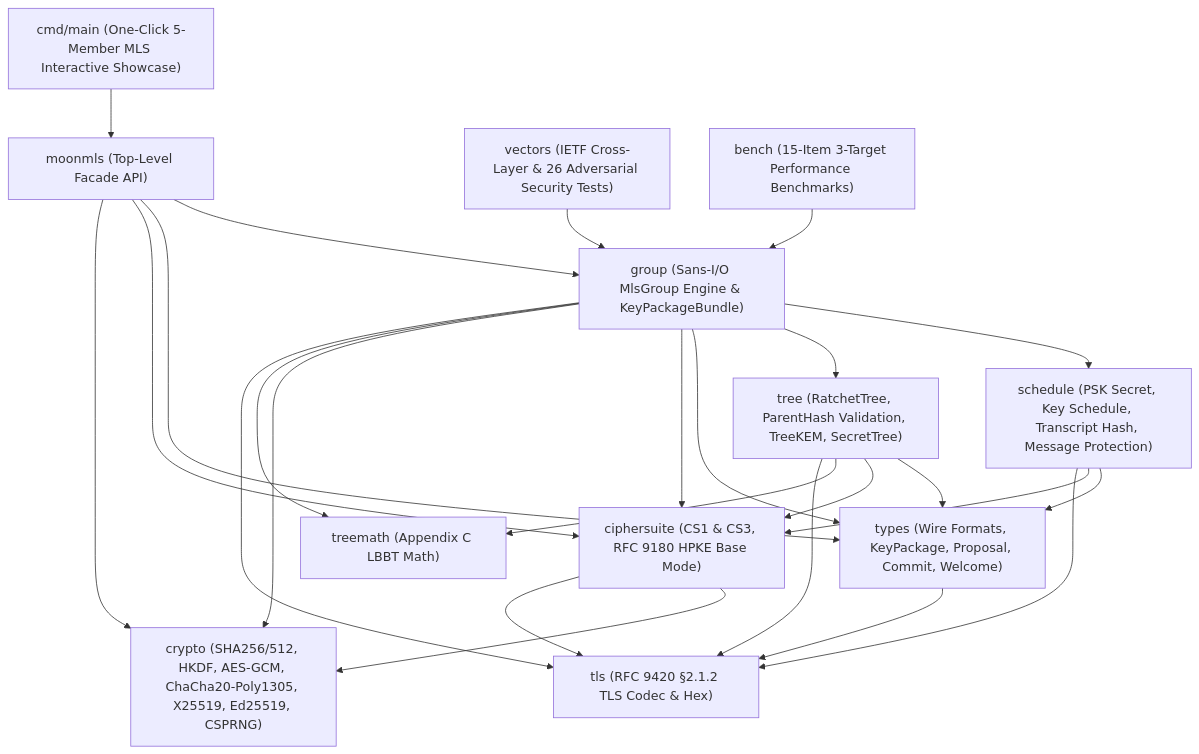
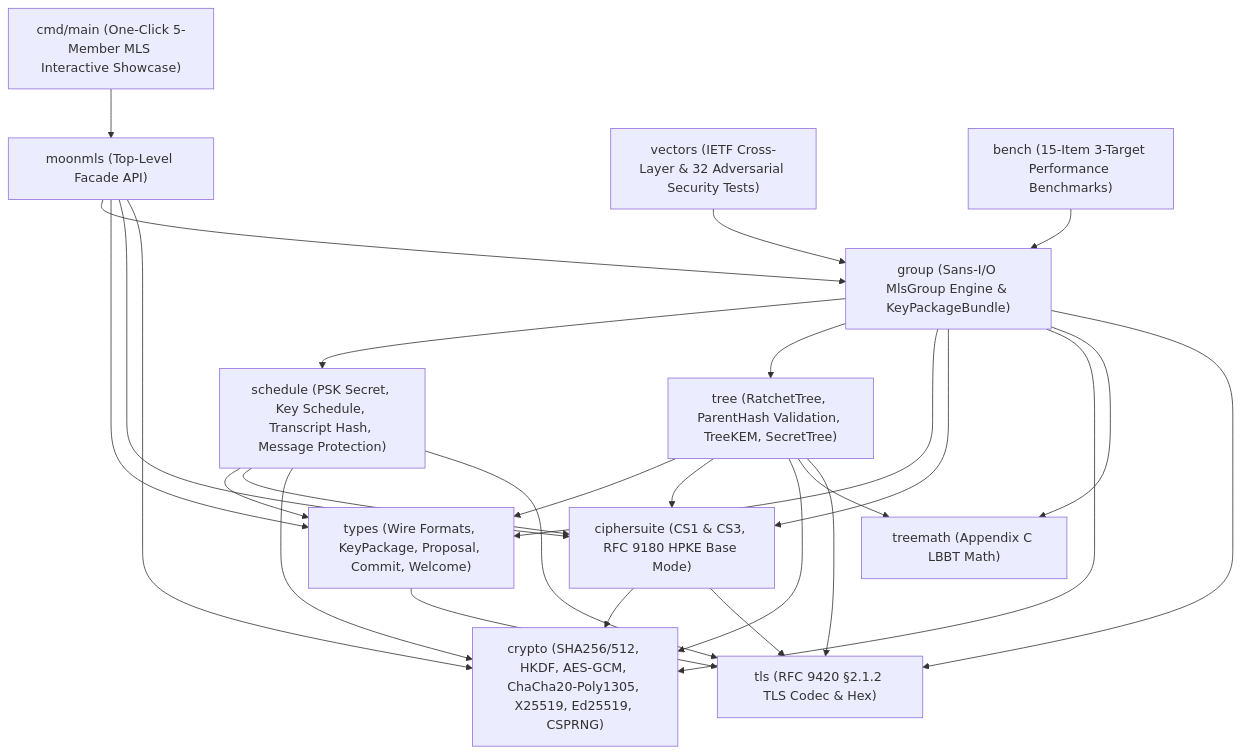
The diagram in README.md (CoolrfulDARkness/moonmls), drawn with Mermaid before and after one commit. The commit also changed other lines of this file and 8 other files, not shown here.

````diff
--- a/README.md
+++ b/README.md
@@ -32,40 +32,42 @@
 ```mermaid
 flowchart TD
     tls["tls (RFC 9420 §2.1.2 TLS Codec & Hex)"]
     treemath["treemath (Appendix C LBBT Math)"]
     crypto["crypto (SHA256/512, HKDF, AES-GCM, ChaCha20-Poly1305, X25519, Ed25519, CSPRNG)"]
     ciphersuite["ciphersuite (CS1 & CS3, RFC 9180 HPKE Base Mode)"]
     types["types (Wire Formats, KeyPackage, Proposal, Commit, Welcome)"]
     tree["tree (RatchetTree, ParentHash Validation, TreeKEM, SecretTree)"]
     schedule["schedule (PSK Secret, Key Schedule, Transcript Hash, Message Protection)"]
     group["group (Sans-I/O MlsGroup Engine & KeyPackageBundle)"]
     root["moonmls (Top-Level Facade API)"]
-    vectors["vectors (IETF Cross-Layer & 26 Adversarial Security Tests)"]
+    vectors["vectors (IETF Cross-Layer & 32 Adversarial Security Tests)"]
     bench["bench (15-Item 3-Target Performance Benchmarks)"]
     cli["cmd/main (One-Click 5-Member MLS Interactive Showcase)"]
 
     ciphersuite --> tls
     ciphersuite --> crypto
     types --> tls
     tree --> tls
     tree --> treemath
+    tree --> crypto
     tree --> ciphersuite
     tree --> types
     schedule --> tls
+    schedule --> crypto
     schedule --> ciphersuite
     schedule --> types
     group --> tls
     group --> treemath
     group --> crypto
     group --> ciphersuite
     group --> types
     group --> tree
     group --> schedule
     root --> crypto
     root --> ciphersuite
     root --> types
     root --> group
     vectors --> group
     bench --> group
     cli --> root
 ```
````
